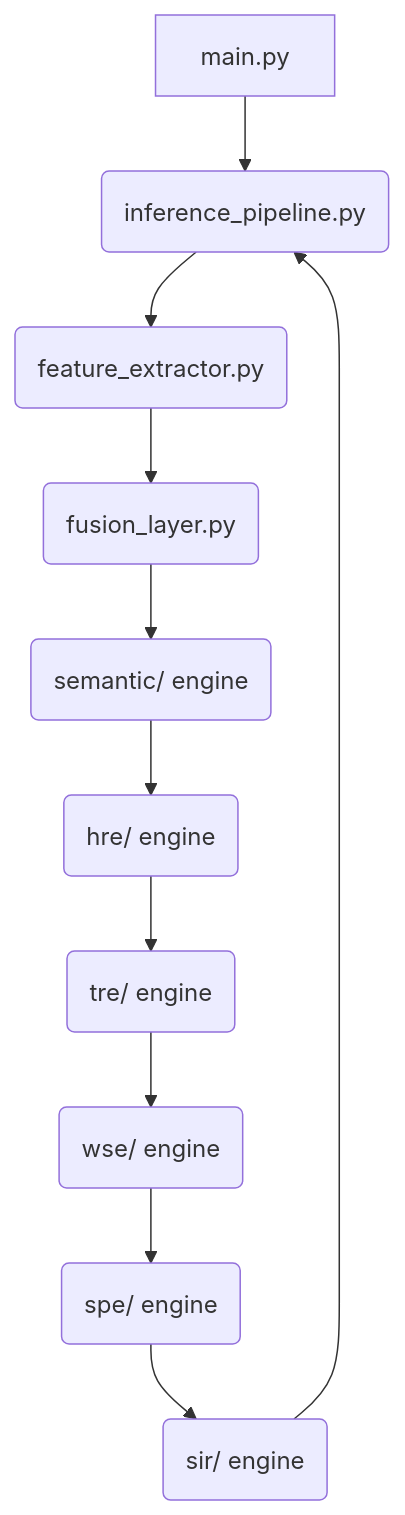
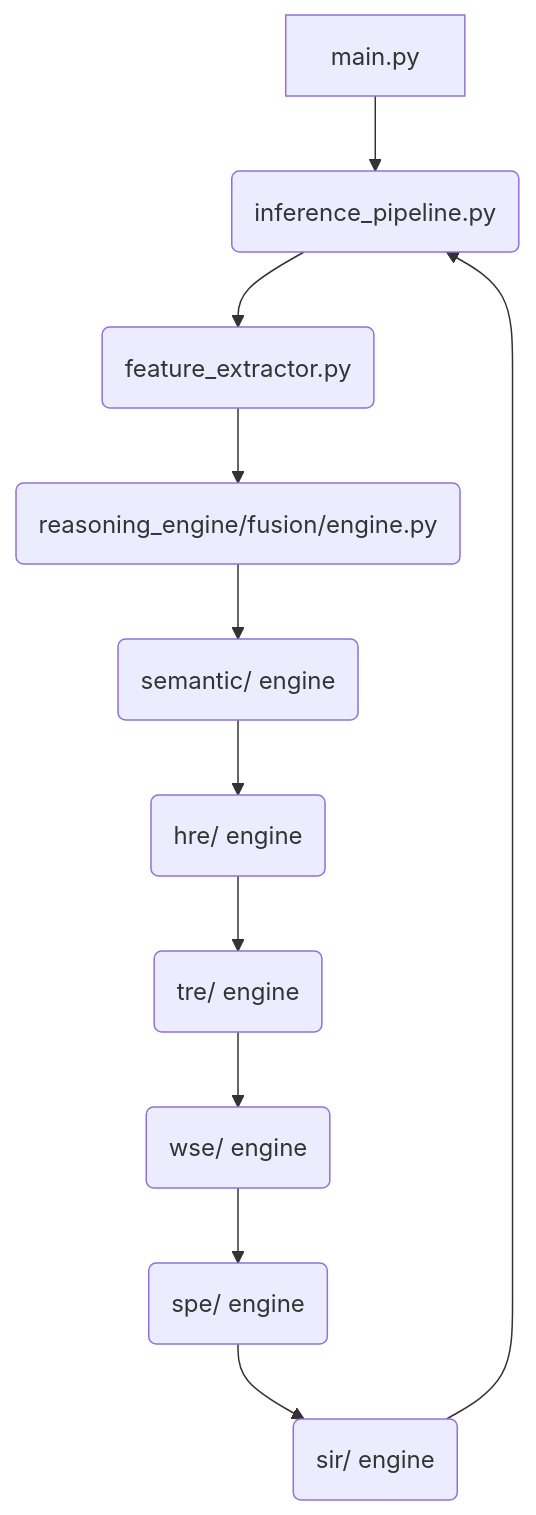
One commit to karthikreddy9744/alm-project changed the diagram in documentation/ALM_MiniProject.md. Above: the diagram before and after it, drawn with Mermaid. The commit also changed other lines of this file and 9 other files, not shown here.

````diff
--- a/documentation/ALM_MiniProject.md
+++ b/documentation/ALM_MiniProject.md
@@ -672,13 +677,13 @@
 ```mermaid
 graph TD
     A[main.py] --> B(inference_pipeline.py)
     B --> C(feature_extractor.py)
-    C --> D(fusion_layer.py)
+    C --> D(reasoning_engine/fusion/engine.py)
     D --> E(semantic/ engine)
     E --> F(hre/ engine)
     F --> G(tre/ engine)
     G --> H(wse/ engine)
     H --> I(spe/ engine)
     I --> J(sir/ engine)
     J --> B
 ```
````
